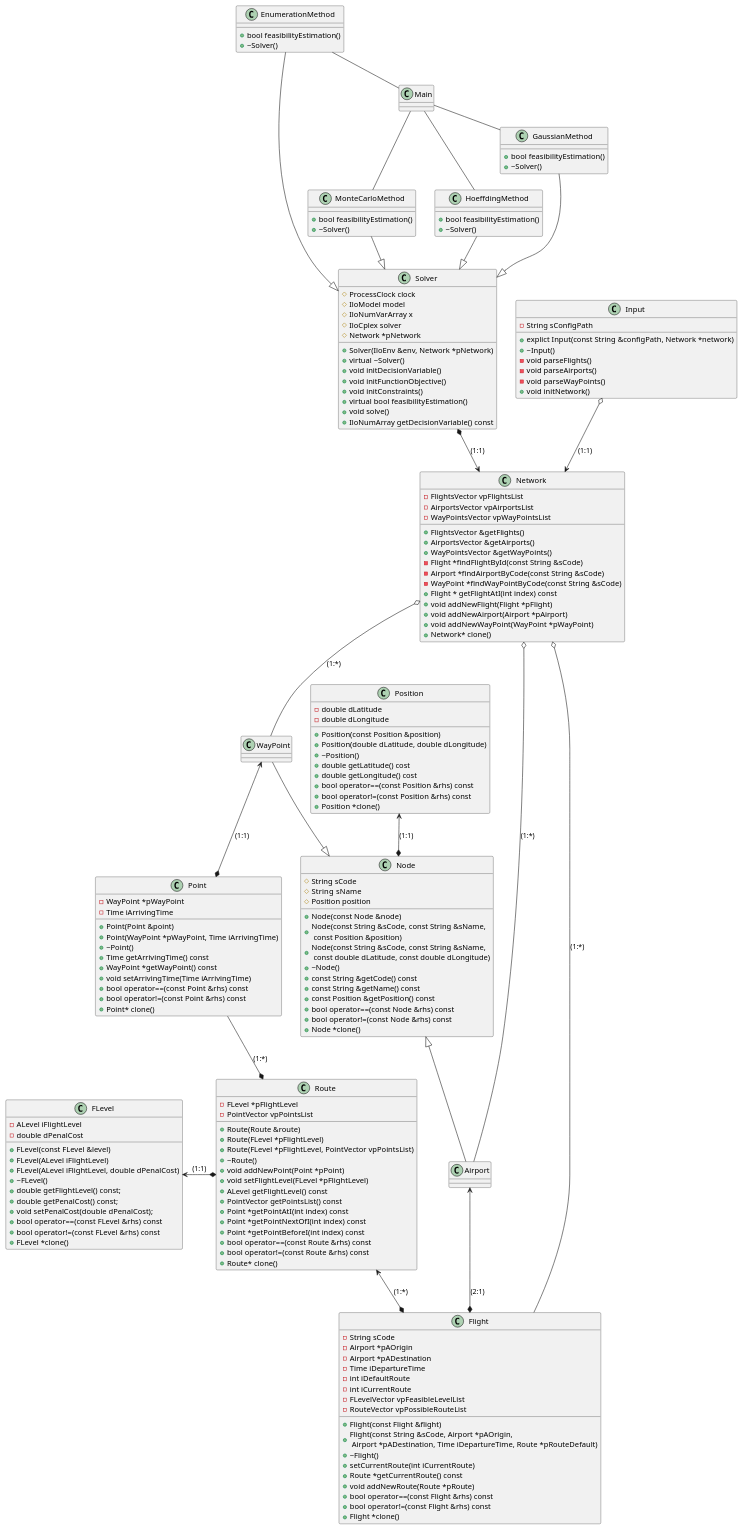
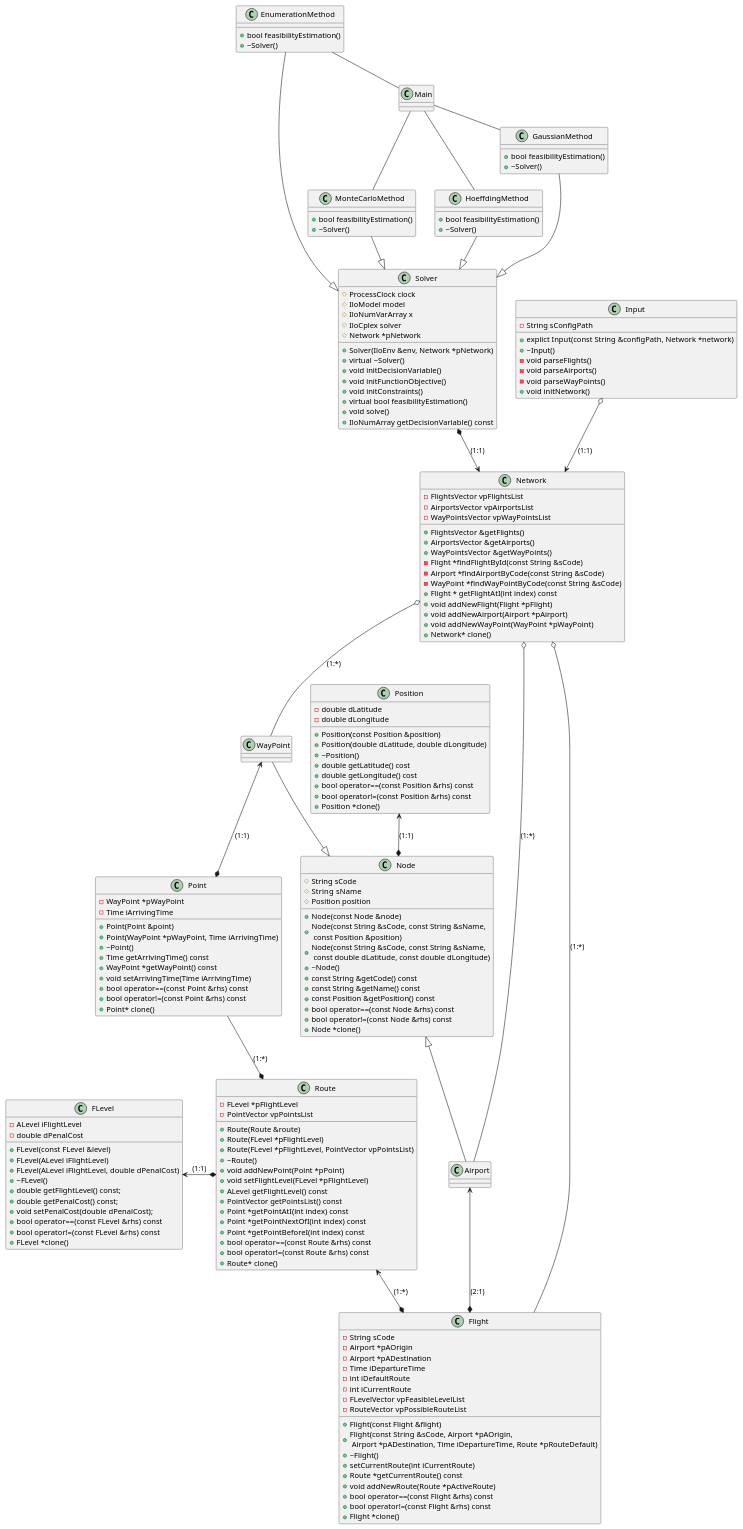
One commit to martinWANG2014/RobustFLA changed the diagram in uml/ClassDiagram_RobustFLA.puml. Above: the diagram before and after it, drawn with PlantUML. The commit also changed 33 other files, not shown here.

```diff
--- a/uml/ClassDiagram_RobustFLA.puml
+++ b/uml/ClassDiagram_RobustFLA.puml
@@ -1,193 +1,193 @@
 @startuml
 
 class Input{
     -String sConfigPath
     +explict Input(const String &configPath, Network *network)
     +~Input()
     -void parseFlights()
     -void parseAirports()
     -void parseWayPoints()
     +void initNetwork()
 }
 class Network{
     -FlightsVector vpFlightsList
     -AirportsVector vpAirportsList
     -WayPointsVector vpWayPointsList
     +FlightsVector &getFlights()
     +AirportsVector &getAirports()
     +WayPointsVector &getWayPoints()
     -Flight *findFlightById(const String &sCode)
     -Airport *findAirportByCode(const String &sCode)
     -WayPoint *findWayPointByCode(const String &sCode)
     +Flight * getFlightAtI(int index) const
     +void addNewFlight(Flight *pFlight)
     +void addNewAirport(Airport *pAirport)
     +void addNewWayPoint(WayPoint *pWayPoint)
     +Network* clone()
 }
 class Position{
     -double dLatitude
     -double dLongitude
     +Position(const Position &position)
     +Position(double dLatitude, double dLongitude)
     +~Position()
     +double getLatitude() cost
     +double getLongitude() cost
     +bool operator==(const Position &rhs) const
     +bool operator!=(const Position &rhs) const
     +Position *clone()
 }
 class Node{
     #String sCode
     #String  sName
     #Position position
     +Node(const Node &node)
     +Node(const String &sCode, const String &sName, \n const Position &position)
     +Node(const String &sCode, const String &sName, \n const double dLatitude, const double dLongitude)
     +~Node()
     +const String &getCode() const
     +const String &getName() const
     +const Position &getPosition() const
     +bool operator==(const Node &rhs) const
     +bool operator!=(const Node &rhs) const
     +Node *clone()
 }
 class FLevel{
     -ALevel iFlightLevel
     -double dPenalCost
     +FLevel(const FLevel &level)
     +FLevel(ALevel iFlightLevel)
     +FLevel(ALevel iFlightLevel, double dPenalCost)
     +~FLevel()
     +double getFlightLevel() const;
     +double getPenalCost() const;
     +void setPenalCost(double dPenalCost);
     +bool operator==(const FLevel &rhs) const
     +bool operator!=(const FLevel &rhs) const
     +FLevel *clone()
 }
 class Flight{
     -String sCode
     -Airport *pAOrigin
     -Airport *pADestination
     -Time iDepartureTime
     -int iDefaultRoute
     -int iCurrentRoute
     -FLevelVector vpFeasibleLevelList
     -RouteVector vpPossibleRouteList
     +Flight(const Flight &flight)
     +Flight(const String &sCode, Airport *pAOrigin, \n Airport *pADestination, Time iDepartureTime, Route *pRouteDefault)
     +~Flight()
     +setCurrentRoute(int iCurrentRoute)
     +Route *getCurrentRoute() const
-    +void addNewRoute(Route *pRoute)
+    +void addNewRoute(Route *pActiveRoute)
     +bool operator==(const Flight &rhs) const
     +bool operator!=(const Flight &rhs) const
     +Flight *clone()
 }
 class Point{
     -WayPoint *pWayPoint
     -Time iArrivingTime
     +Point(Point &point)
     +Point(WayPoint *pWayPoint, Time iArrivingTime)
     +~Point()
     +Time getArrivingTime() const
     +WayPoint *getWayPoint() const
     +void setArrivingTime(Time iArrivingTime)
     +bool operator==(const Point &rhs) const
     +bool operator!=(const Point &rhs) const
     +Point* clone()
 }
 class Route{
     -FLevel *pFlightLevel
     -PointVector vpPointsList
     +Route(Route &route)
     +Route(FLevel *pFlightLevel)
     +Route(FLevel *pFlightLevel, PointVector vpPointsList)
     +~Route()
     +void addNewPoint(Point *pPoint)
     +void setFlightLevel(FLevel *pFlightLevel)
     +ALevel getFlightLevel() const
     +PointVector getPointsList() const
     +Point *getPointAtI(int index) const
     +Point *getPointNextOfI(int index) const
     +Point *getPointBeforeI(int index) const
     +bool operator==(const Route &rhs) const
     +bool operator!=(const Route &rhs) const
     +Route* clone()
 }
 
 class Solver{
     #ProcessClock clock
     #IloModel model
     #IloNumVarArray x
     #IloCplex solver
     #Network *pNetwork
     +Solver(IloEnv &env, Network *pNetwork)
     +virtual ~Solver()
     +void initDecisionVariable()
     +void initFunctionObjective()
     +void initConstraints()
     +virtual bool feasibilityEstimation()
     +void solve()
     +IloNumArray getDecisionVariable() const
 }
 class MonteCarloMethod{
     +bool feasibilityEstimation()
     +~Solver()
 }
 class HoeffdingMethod{
     +bool feasibilityEstimation()
     +~Solver()
 }
 class EnumerationMethod{
     +bool feasibilityEstimation()
     +~Solver()
 }
 class GaussianMethod{
     +bool feasibilityEstimation()
     +~Solver()
 }
 Airport -u-|> Node
 WayPoint --|> Node
 Route *-u- Point:(1:*)
 Route *-l-> FLevel:(1:1)
 Point *-u->WayPoint:(1:1)
 Flight *-u->Route:(1:*)
 Flight *-l->Airport:(2:1)
 Node *-u->Position:(1:1)
 Input o-->Network:(1:1)
 Network o--Flight:(1:*)
 Network o-d-Airport:(1:*)
 Network o--WayPoint:(1:*)
 Solver *-->Network:(1:1)
 MonteCarloMethod --|> Solver
 HoeffdingMethod --|> Solver
 EnumerationMethod --|> Solver
 GaussianMethod -r-|> Solver
 Main -d- MonteCarloMethod
 Main -d- HoeffdingMethod
 Main -u- EnumerationMethod
 Main -r- GaussianMethod
 'Airport --|> Node
 'WayPoint --|> Node
 'Route *-- Point:(1:*)
 'Route *--> FLevel:(1:1)
 'Point *-u->WayPoint:(1:1)
 'Flight *-->Route:(1:*)
 'Flight *-->Airport:(1:2)
 'Node *-->Position:(1:1)
 'Input o-->Network:(1:1)
 'Network o-r-Flight:(1:*)
 'Network o--Airport:(1:*)
 'Network o-l-WayPoint:(*:1)
 'Solver *-->Network:(1:1)
 'MonteCarloMethod --|> Solver
 'HoeffdingMethod --|> Solver
 'EnumerationMethod --|> Solver
 'GaussianMethod --|> Solver
 'Main -- MonteCarloMethod
 'Main -- HoeffdingMethod
 'Main -- EnumerationMethod
 'Main -- GaussianMethod
 @enduml
```
